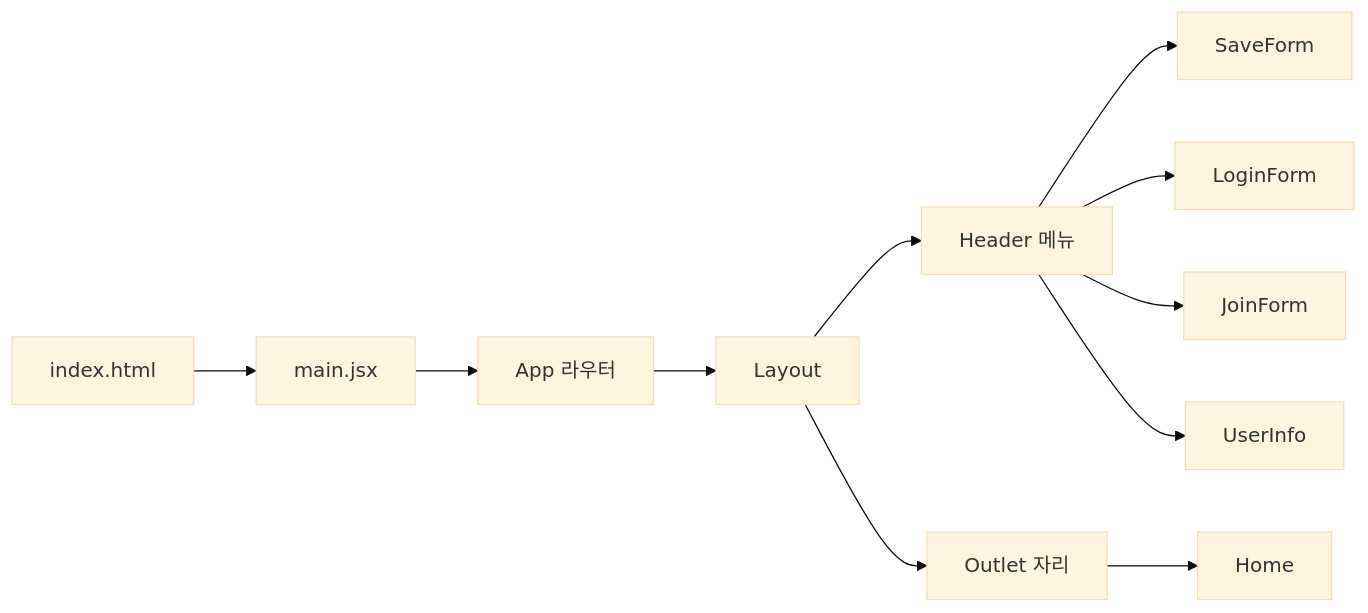
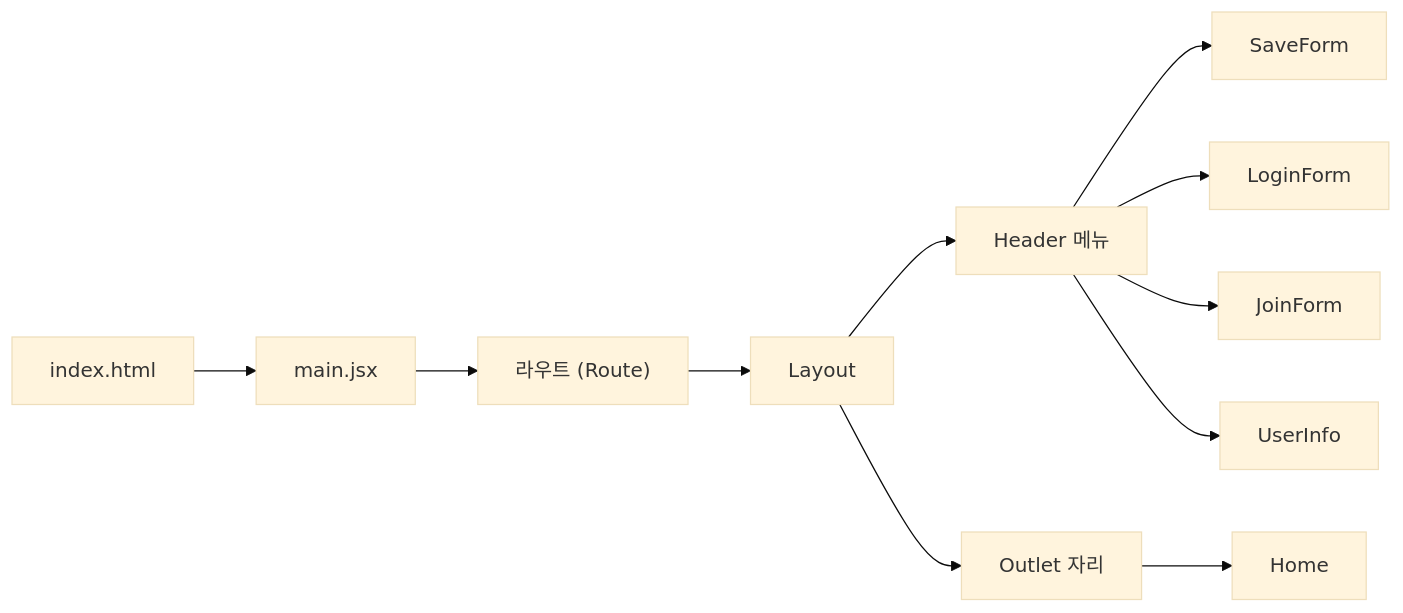
The first of 7 diagrams in .projectcode/wiki/scenarios.md (metakit-sorucecode/react-blog), drawn with Mermaid (base theme) before and after one commit. The commit also changed 1 other file, not shown here.

Commit message:
[projectcode] wiki 갱신
Kind: docs

````diff
--- a/.projectcode/wiki/scenarios.md
+++ b/.projectcode/wiki/scenarios.md
@@ -5,13 +5,13 @@
 ```mermaid
 flowchart LR
   A[index.html] --> B[main.jsx]
-  B --> C[App 라우터]
+  B --> C["라우트 (Route)"]
   C --> D[Layout]
   D --> E[Header 메뉴]
   D --> F[Outlet 자리]
   E --> G[SaveForm]
   E --> H[LoginForm]
   E --> I[JoinForm]
   E --> J[UserInfo]
   F --> K[Home]
 ```
````
